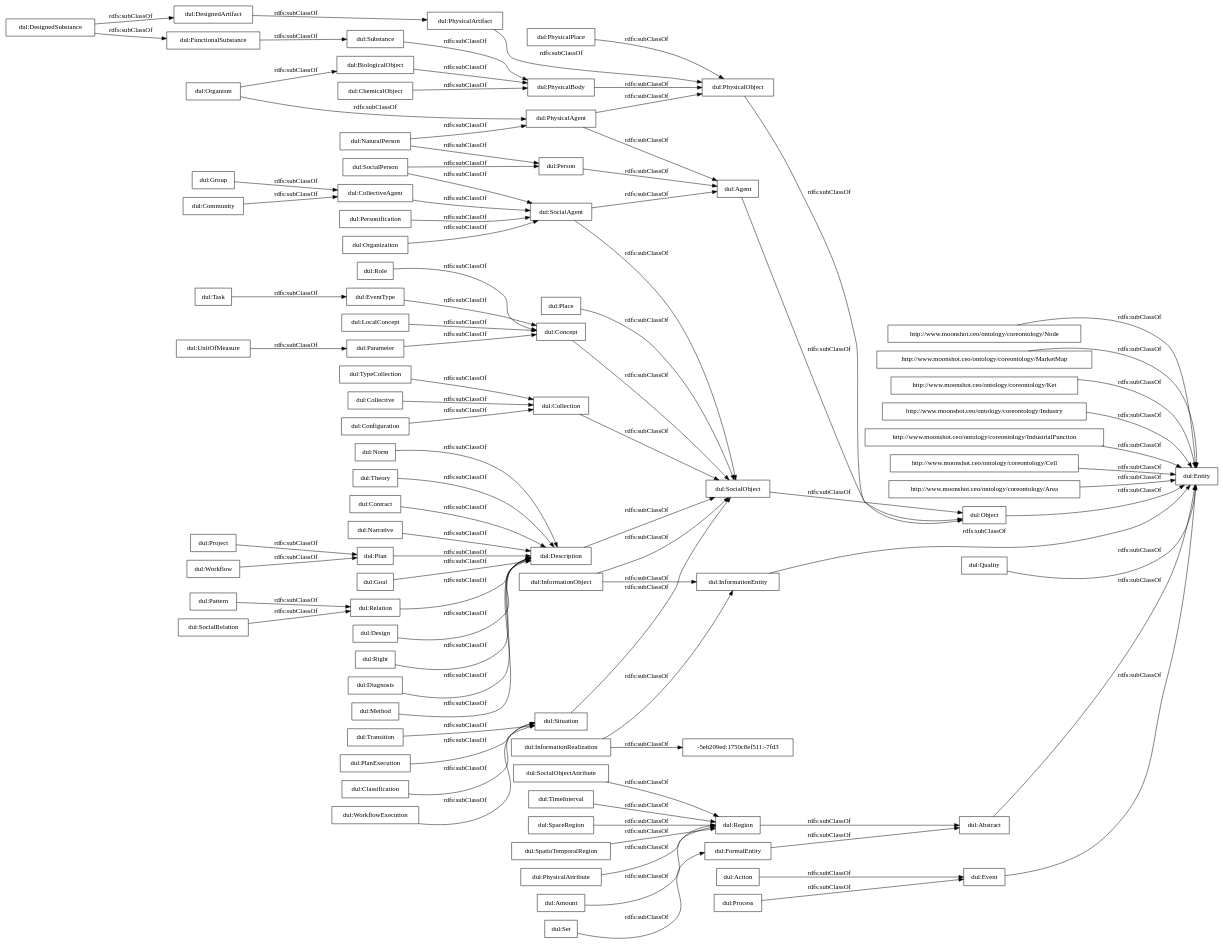
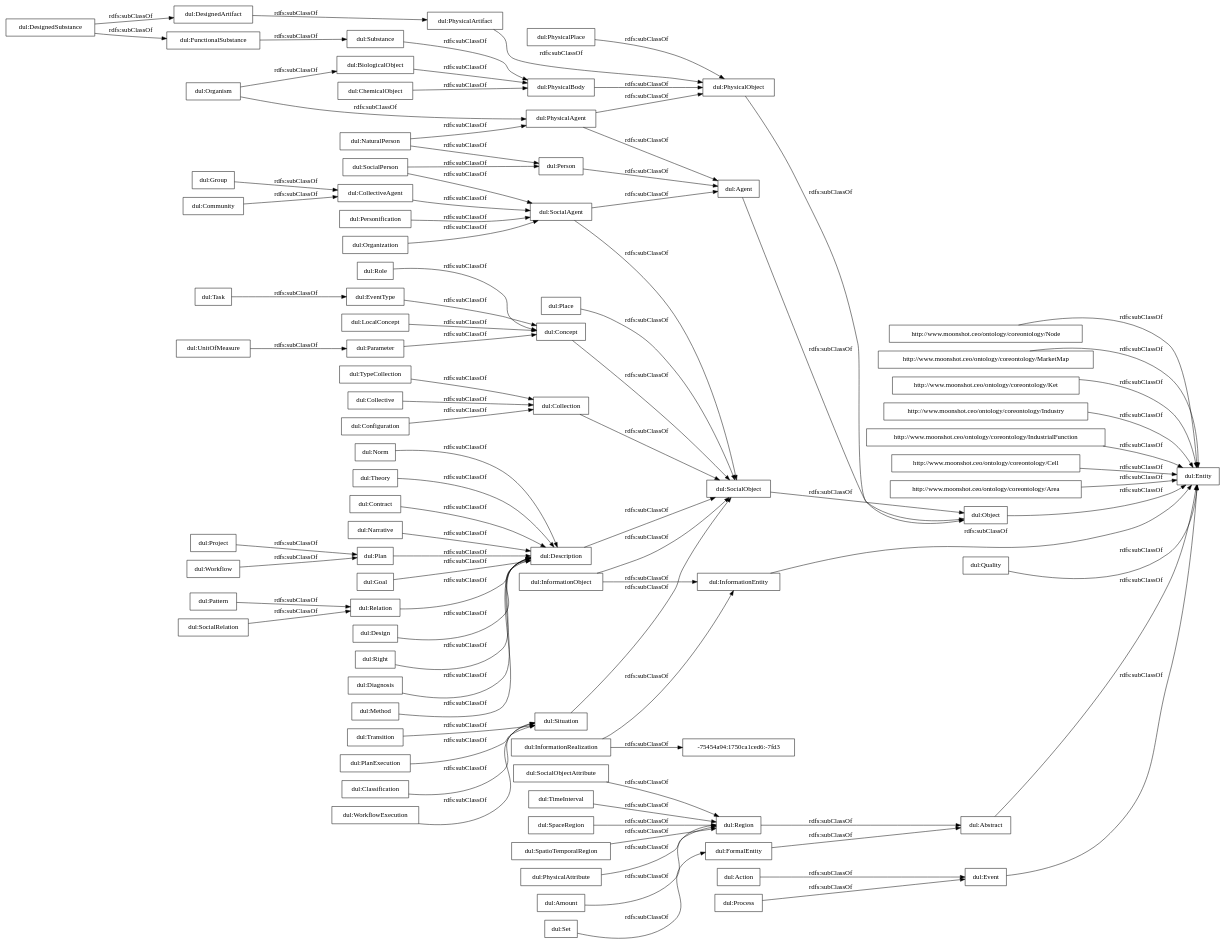
Before and after one commit to oeg-upm/IEBrain: the diagram in OnToology/iebrain.ttl/diagrams/ar2dtool-taxonomy/iebrain.ttl.png.dot, drawn with Graphviz. The commit also changed 3 other files, not shown here.

```diff
--- a/OnToology/iebrain.ttl/diagrams/ar2dtool-taxonomy/iebrain.ttl.png.dot
+++ b/OnToology/iebrain.ttl/diagrams/ar2dtool-taxonomy/iebrain.ttl.png.dot
@@ -1,95 +1,95 @@
 digraph ar2dtool_diagram { 
 rankdir=LR;
 size="1000"
-node [shape = rectangle, color="black"]; "http://www.moonshot.ceo/ontology/coreontology/Node" "http://www.moonshot.ceo/ontology/coreontology/MarketMap" "http://www.moonshot.ceo/ontology/coreontology/Ket" "http://www.moonshot.ceo/ontology/coreontology/Industry" "http://www.moonshot.ceo/ontology/coreontology/IndustrialFunction" "http://www.moonshot.ceo/ontology/coreontology/Cell" "http://www.moonshot.ceo/ontology/coreontology/Area" "dul:Goal" "dul:FormalEntity" "dul:EventType" "dul:PhysicalBody" "dul:Object" "dul:Description" "dul:PhysicalAgent" "dul:Relation" "dul:Role" "dul:Entity" "dul:Organism" "dul:Personification" "dul:Situation" "dul:UnitOfMeasure" "dul:Abstract" "dul:SocialPerson" "dul:Transition" "dul:Collective" "dul:CollectiveAgent" "-5eb209ed:1750c8ef511:-7fd3" "dul:Amount" "dul:Plan" "dul:Design" "dul:Process" "dul:SocialObjectAttribute" "dul:Right" "dul:Task" "dul:DesignedSubstance" "dul:BiologicalObject" "dul:Place" "dul:Quality" "dul:Action" "dul:SocialAgent" "dul:Configuration" "dul:Project" "dul:PlanExecution" "dul:Pattern" "dul:Agent" "dul:Classification" "dul:Diagnosis" "dul:Parameter" "dul:WorkflowExecution" "dul:SocialObject" "dul:Group" "dul:Community" "dul:FunctionalSubstance" "dul:PhysicalPlace" "dul:Method" "dul:Concept" "dul:TimeInterval" "dul:SocialRelation" "dul:Event" "dul:DesignedArtifact" "dul:Person" "dul:TypeCollection" "dul:SpaceRegion" "dul:PhysicalObject" "dul:SpatioTemporalRegion" "dul:Norm" "dul:Theory" "dul:InformationRealization" "dul:PhysicalAttribute" "dul:NaturalPerson" "dul:Workflow" "dul:InformationObject" "dul:ChemicalObject" "dul:Contract" "dul:Narrative" "dul:Collection" "dul:Substance" "dul:Region" "dul:InformationEntity" "dul:PhysicalArtifact" "dul:Organization" "dul:Set" "dul:LocalConcept" ; /*classes style*/
+node [shape = rectangle, color="black"]; "http://www.moonshot.ceo/ontology/coreontology/Node" "http://www.moonshot.ceo/ontology/coreontology/MarketMap" "http://www.moonshot.ceo/ontology/coreontology/Ket" "http://www.moonshot.ceo/ontology/coreontology/Industry" "http://www.moonshot.ceo/ontology/coreontology/IndustrialFunction" "http://www.moonshot.ceo/ontology/coreontology/Cell" "http://www.moonshot.ceo/ontology/coreontology/Area" "dul:Goal" "dul:FormalEntity" "dul:EventType" "dul:PhysicalBody" "dul:Object" "dul:Description" "dul:PhysicalAgent" "dul:Role" "dul:Relation" "dul:Organism" "dul:Entity" "dul:Personification" "dul:Situation" "dul:UnitOfMeasure" "dul:Abstract" "dul:SocialPerson" "dul:Transition" "dul:Collective" "dul:CollectiveAgent" "-75454a94:1750ca1ced6:-7fd3" "dul:Amount" "dul:Plan" "dul:Design" "dul:Process" "dul:SocialObjectAttribute" "dul:Right" "dul:Task" "dul:DesignedSubstance" "dul:BiologicalObject" "dul:Place" "dul:Quality" "dul:Action" "dul:SocialAgent" "dul:Configuration" "dul:Project" "dul:PlanExecution" "dul:Pattern" "dul:Diagnosis" "dul:Agent" "dul:Classification" "dul:Parameter" "dul:WorkflowExecution" "dul:SocialObject" "dul:Group" "dul:Community" "dul:FunctionalSubstance" "dul:PhysicalPlace" "dul:Method" "dul:Concept" "dul:SocialRelation" "dul:Event" "dul:DesignedArtifact" "dul:TimeInterval" "dul:Person" "dul:TypeCollection" "dul:SpaceRegion" "dul:PhysicalObject" "dul:SpatioTemporalRegion" "dul:Norm" "dul:InformationRealization" "dul:Theory" "dul:PhysicalAttribute" "dul:NaturalPerson" "dul:Workflow" "dul:InformationObject" "dul:ChemicalObject" "dul:Contract" "dul:Narrative" "dul:Collection" "dul:Substance" "dul:Region" "dul:InformationEntity" "dul:PhysicalArtifact" "dul:Organization" "dul:Set" "dul:LocalConcept" ; /*classes style*/
 	"dul:CollectiveAgent" -> "dul:SocialAgent" [ label = "rdfs:subClassOf" ];
 	"dul:Region" -> "dul:Abstract" [ label = "rdfs:subClassOf" ];
 	"http://www.moonshot.ceo/ontology/coreontology/Node" -> "dul:Entity" [ label = "rdfs:subClassOf" ];
 	"dul:TypeCollection" -> "dul:Collection" [ label = "rdfs:subClassOf" ];
 	"dul:PhysicalAttribute" -> "dul:Region" [ label = "rdfs:subClassOf" ];
 	"dul:Organization" -> "dul:SocialAgent" [ label = "rdfs:subClassOf" ];
 	"dul:Configuration" -> "dul:Collection" [ label = "rdfs:subClassOf" ];
 	"dul:Quality" -> "dul:Entity" [ label = "rdfs:subClassOf" ];
 	"http://www.moonshot.ceo/ontology/coreontology/Industry" -> "dul:Entity" [ label = "rdfs:subClassOf" ];
 	"dul:Description" -> "dul:SocialObject" [ label = "rdfs:subClassOf" ];
 	"dul:Community" -> "dul:CollectiveAgent" [ label = "rdfs:subClassOf" ];
 	"dul:Method" -> "dul:Description" [ label = "rdfs:subClassOf" ];
 	"dul:Concept" -> "dul:SocialObject" [ label = "rdfs:subClassOf" ];
 	"dul:Object" -> "dul:Entity" [ label = "rdfs:subClassOf" ];
 	"dul:Place" -> "dul:SocialObject" [ label = "rdfs:subClassOf" ];
 	"dul:PhysicalArtifact" -> "dul:PhysicalObject" [ label = "rdfs:subClassOf" ];
 	"dul:Organism" -> "dul:PhysicalAgent" [ label = "rdfs:subClassOf" ];
 	"dul:Organism" -> "dul:BiologicalObject" [ label = "rdfs:subClassOf" ];
 	"dul:Goal" -> "dul:Description" [ label = "rdfs:subClassOf" ];
 	"dul:FunctionalSubstance" -> "dul:Substance" [ label = "rdfs:subClassOf" ];
 	"dul:Role" -> "dul:Concept" [ label = "rdfs:subClassOf" ];
 	"dul:Collective" -> "dul:Collection" [ label = "rdfs:subClassOf" ];
 	"dul:InformationObject" -> "dul:SocialObject" [ label = "rdfs:subClassOf" ];
 	"dul:InformationObject" -> "dul:InformationEntity" [ label = "rdfs:subClassOf" ];
 	"dul:UnitOfMeasure" -> "dul:Parameter" [ label = "rdfs:subClassOf" ];
 	"dul:SocialObjectAttribute" -> "dul:Region" [ label = "rdfs:subClassOf" ];
 	"dul:WorkflowExecution" -> "dul:Situation" [ label = "rdfs:subClassOf" ];
 	"dul:Right" -> "dul:Description" [ label = "rdfs:subClassOf" ];
 	"dul:Task" -> "dul:EventType" [ label = "rdfs:subClassOf" ];
 	"dul:Set" -> "dul:FormalEntity" [ label = "rdfs:subClassOf" ];
 	"dul:DesignedSubstance" -> "dul:FunctionalSubstance" [ label = "rdfs:subClassOf" ];
 	"dul:DesignedSubstance" -> "dul:DesignedArtifact" [ label = "rdfs:subClassOf" ];
 	"dul:SocialObject" -> "dul:Object" [ label = "rdfs:subClassOf" ];
 	"dul:Parameter" -> "dul:Concept" [ label = "rdfs:subClassOf" ];
-	"dul:InformationRealization" -> "-5eb209ed:1750c8ef511:-7fd3" [ label = "rdfs:subClassOf" ];
+	"dul:InformationRealization" -> "-75454a94:1750ca1ced6:-7fd3" [ label = "rdfs:subClassOf" ];
 	"dul:InformationRealization" -> "dul:InformationEntity" [ label = "rdfs:subClassOf" ];
 	"http://www.moonshot.ceo/ontology/coreontology/Area" -> "dul:Entity" [ label = "rdfs:subClassOf" ];
 	"dul:Substance" -> "dul:PhysicalBody" [ label = "rdfs:subClassOf" ];
 	"dul:PhysicalAgent" -> "dul:PhysicalObject" [ label = "rdfs:subClassOf" ];
 	"dul:PhysicalAgent" -> "dul:Agent" [ label = "rdfs:subClassOf" ];
 	"dul:Event" -> "dul:Entity" [ label = "rdfs:subClassOf" ];
 	"dul:Project" -> "dul:Plan" [ label = "rdfs:subClassOf" ];
 	"dul:PhysicalObject" -> "dul:Object" [ label = "rdfs:subClassOf" ];
 	"dul:Situation" -> "dul:SocialObject" [ label = "rdfs:subClassOf" ];
 	"dul:Action" -> "dul:Event" [ label = "rdfs:subClassOf" ];
 	"dul:Design" -> "dul:Description" [ label = "rdfs:subClassOf" ];
 	"dul:EventType" -> "dul:Concept" [ label = "rdfs:subClassOf" ];
 	"dul:Classification" -> "dul:Situation" [ label = "rdfs:subClassOf" ];
 	"dul:Workflow" -> "dul:Plan" [ label = "rdfs:subClassOf" ];
 	"dul:Pattern" -> "dul:Relation" [ label = "rdfs:subClassOf" ];
 	"http://www.moonshot.ceo/ontology/coreontology/Cell" -> "dul:Entity" [ label = "rdfs:subClassOf" ];
 	"dul:Transition" -> "dul:Situation" [ label = "rdfs:subClassOf" ];
 	"dul:Norm" -> "dul:Description" [ label = "rdfs:subClassOf" ];
 	"dul:Person" -> "dul:Agent" [ label = "rdfs:subClassOf" ];
 	"dul:Contract" -> "dul:Description" [ label = "rdfs:subClassOf" ];
 	"dul:PhysicalPlace" -> "dul:PhysicalObject" [ label = "rdfs:subClassOf" ];
 	"dul:Relation" -> "dul:Description" [ label = "rdfs:subClassOf" ];
 	"dul:SocialRelation" -> "dul:Relation" [ label = "rdfs:subClassOf" ];
 	"dul:PlanExecution" -> "dul:Situation" [ label = "rdfs:subClassOf" ];
 	"dul:LocalConcept" -> "dul:Concept" [ label = "rdfs:subClassOf" ];
 	"dul:FormalEntity" -> "dul:Abstract" [ label = "rdfs:subClassOf" ];
 	"dul:PhysicalBody" -> "dul:PhysicalObject" [ label = "rdfs:subClassOf" ];
 	"http://www.moonshot.ceo/ontology/coreontology/IndustrialFunction" -> "dul:Entity" [ label = "rdfs:subClassOf" ];
 	"dul:BiologicalObject" -> "dul:PhysicalBody" [ label = "rdfs:subClassOf" ];
 	"dul:SocialPerson" -> "dul:SocialAgent" [ label = "rdfs:subClassOf" ];
 	"dul:SocialPerson" -> "dul:Person" [ label = "rdfs:subClassOf" ];
 	"dul:NaturalPerson" -> "dul:PhysicalAgent" [ label = "rdfs:subClassOf" ];
 	"dul:NaturalPerson" -> "dul:Person" [ label = "rdfs:subClassOf" ];
 	"dul:TimeInterval" -> "dul:Region" [ label = "rdfs:subClassOf" ];
 	"http://www.moonshot.ceo/ontology/coreontology/MarketMap" -> "dul:Entity" [ label = "rdfs:subClassOf" ];
 	"dul:Collection" -> "dul:SocialObject" [ label = "rdfs:subClassOf" ];
 	"dul:InformationEntity" -> "dul:Entity" [ label = "rdfs:subClassOf" ];
 	"dul:SpatioTemporalRegion" -> "dul:Region" [ label = "rdfs:subClassOf" ];
 	"dul:Personification" -> "dul:SocialAgent" [ label = "rdfs:subClassOf" ];
 	"dul:DesignedArtifact" -> "dul:PhysicalArtifact" [ label = "rdfs:subClassOf" ];
 	"dul:ChemicalObject" -> "dul:PhysicalBody" [ label = "rdfs:subClassOf" ];
 	"http://www.moonshot.ceo/ontology/coreontology/Ket" -> "dul:Entity" [ label = "rdfs:subClassOf" ];
 	"dul:Narrative" -> "dul:Description" [ label = "rdfs:subClassOf" ];
 	"dul:Process" -> "dul:Event" [ label = "rdfs:subClassOf" ];
 	"dul:Theory" -> "dul:Description" [ label = "rdfs:subClassOf" ];
 	"dul:Abstract" -> "dul:Entity" [ label = "rdfs:subClassOf" ];
 	"dul:SpaceRegion" -> "dul:Region" [ label = "rdfs:subClassOf" ];
 	"dul:Plan" -> "dul:Description" [ label = "rdfs:subClassOf" ];
 	"dul:Group" -> "dul:CollectiveAgent" [ label = "rdfs:subClassOf" ];
 	"dul:SocialAgent" -> "dul:SocialObject" [ label = "rdfs:subClassOf" ];
 	"dul:SocialAgent" -> "dul:Agent" [ label = "rdfs:subClassOf" ];
 	"dul:Diagnosis" -> "dul:Description" [ label = "rdfs:subClassOf" ];
 	"dul:Agent" -> "dul:Object" [ label = "rdfs:subClassOf" ];
 	"dul:Amount" -> "dul:Region" [ label = "rdfs:subClassOf" ];
 
 }
```
